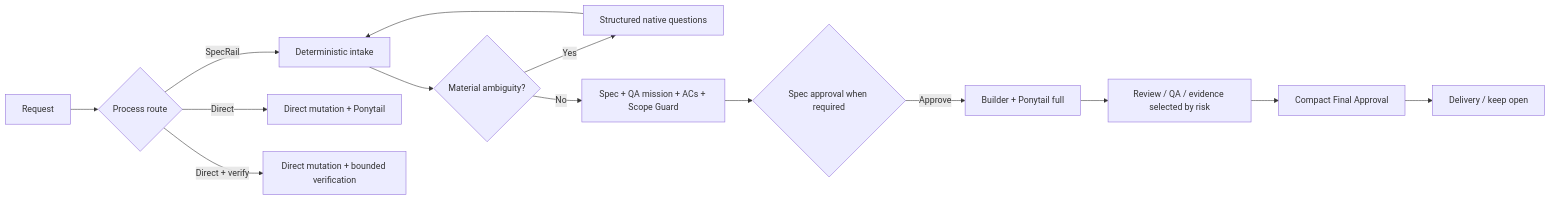
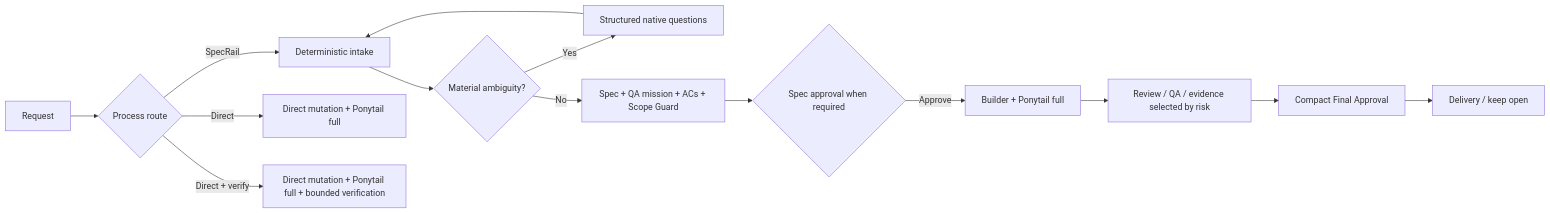
Before and after one commit to saulmarti/specrail: the diagram in README.md, drawn with Mermaid. The commit also changed other lines of this file, not shown here.

Commit message:
docs: restore public usage guidance and strict Ponytail contract

````diff
--- a/README.md
+++ b/README.md
@@ -147,16 +125,16 @@
 ```mermaid
 flowchart LR
     A[Request] --> R{Process route}
     R -->|SpecRail| B[Deterministic intake]
     B --> C{Material ambiguity?}
     C -->|Yes| Q[Structured native questions]
     Q --> B
     C -->|No| P[Spec + QA mission + ACs + Scope Guard]
     P --> S{Spec approval when required}
     S -->|Approve| I[Builder + Ponytail full]
     I --> V[Review / QA / evidence selected by risk]
     V --> F[Compact Final Approval]
     F --> D[Delivery / keep open]
-    R -->|Direct| X[Direct mutation + Ponytail]
-    R -->|Direct + verify| Y[Direct mutation + bounded verification]
+    R -->|Direct| X[Direct mutation + Ponytail full]
+    R -->|Direct + verify| Y[Direct mutation + Ponytail full + bounded verification]
 ```
````
